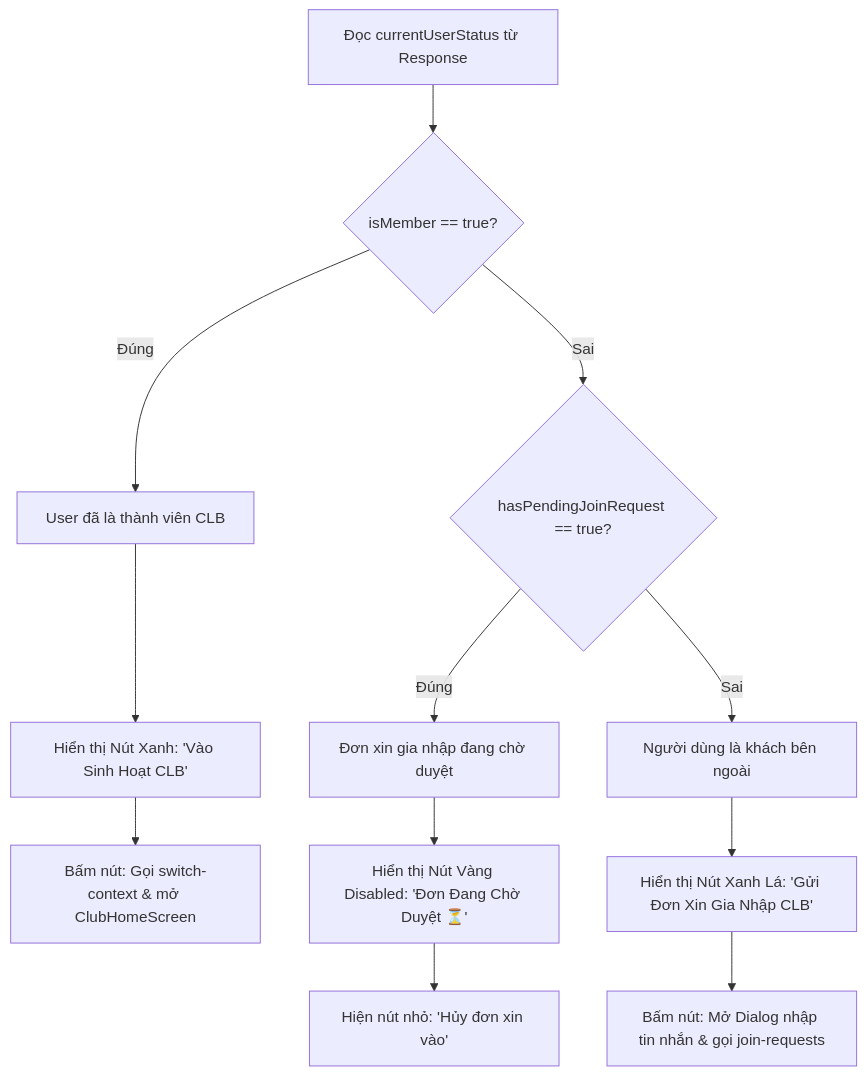
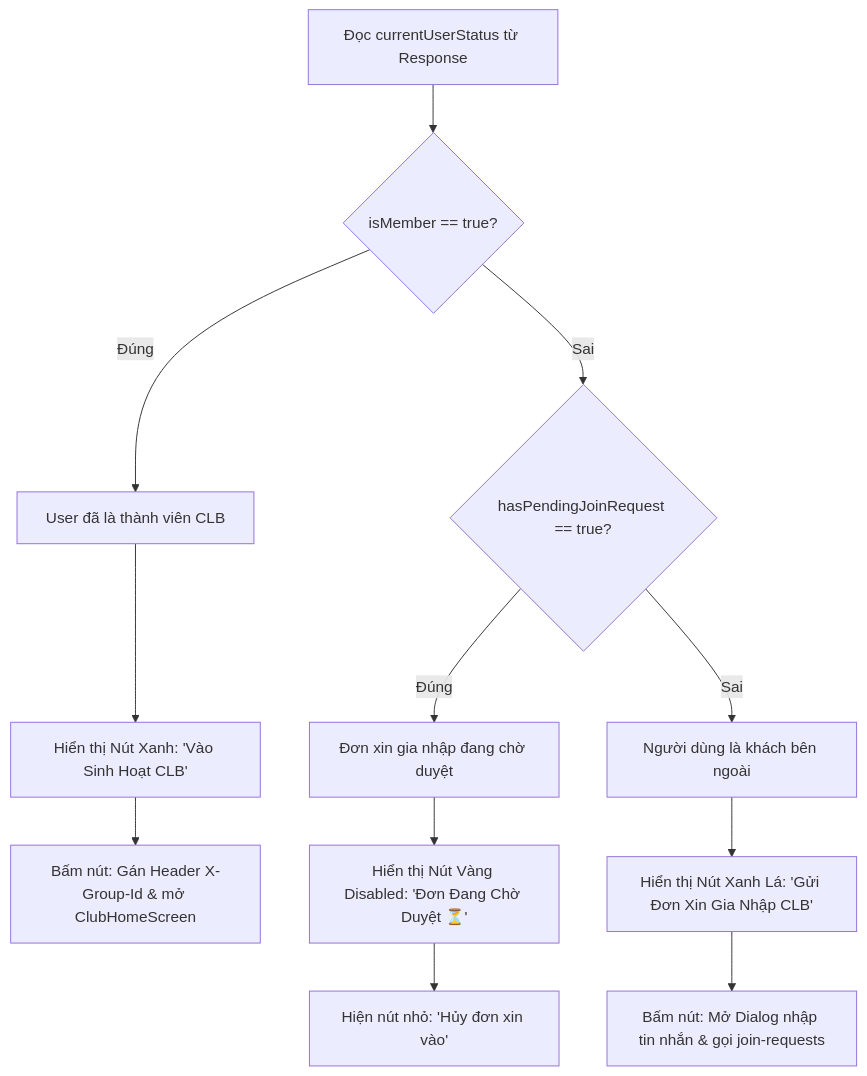
The third of 3 diagrams in docs/PHAN_HE_1_HO_SO_VA_TIM_KIEM_CLB_FR05_FR06_FR07.md (GunDx2k4/KLTN2026), drawn with Mermaid before and after one commit. The commit also changed 5 other files, not shown here.

Commit message:
docs: đồng bộ tài liệu ngữ cảnh header x-group-id và tiến độ fr14-fr16

````diff
--- a/docs/PHAN_HE_1_HO_SO_VA_TIM_KIEM_CLB_FR05_FR06_FR07.md
+++ b/docs/PHAN_HE_1_HO_SO_VA_TIM_KIEM_CLB_FR05_FR06_FR07.md
@@ -282,16 +282,16 @@
 ```mermaid
 graph TD
     A[Đọc currentUserStatus từ Response] --> B{isMember == true?}
     B -- Đúng --> C[User đã là thành viên CLB]
     C --> D[Hiển thị Nút Xanh: 'Vào Sinh Hoạt CLB']
-    D --> E[Bấm nút: Gọi switch-context & mở ClubHomeScreen]
+    D --> E[Bấm nút: Gán Header X-Group-Id & mở ClubHomeScreen]
     
     B -- Sai --> F{hasPendingJoinRequest == true?}
     F -- Đúng --> G[Đơn xin gia nhập đang chờ duyệt]
     G --> H[Hiển thị Nút Vàng Disabled: 'Đơn Đang Chờ Duyệt ⏳']
     H --> I[Hiện nút nhỏ: 'Hủy đơn xin vào']
     
     F -- Sai --> J[Người dùng là khách bên ngoài]
     J --> K[Hiển thị Nút Xanh Lá: 'Gửi Đơn Xin Gia Nhập CLB']
     K --> L[Bấm nút: Mở Dialog nhập tin nhắn & gọi join-requests]
 ```
````
